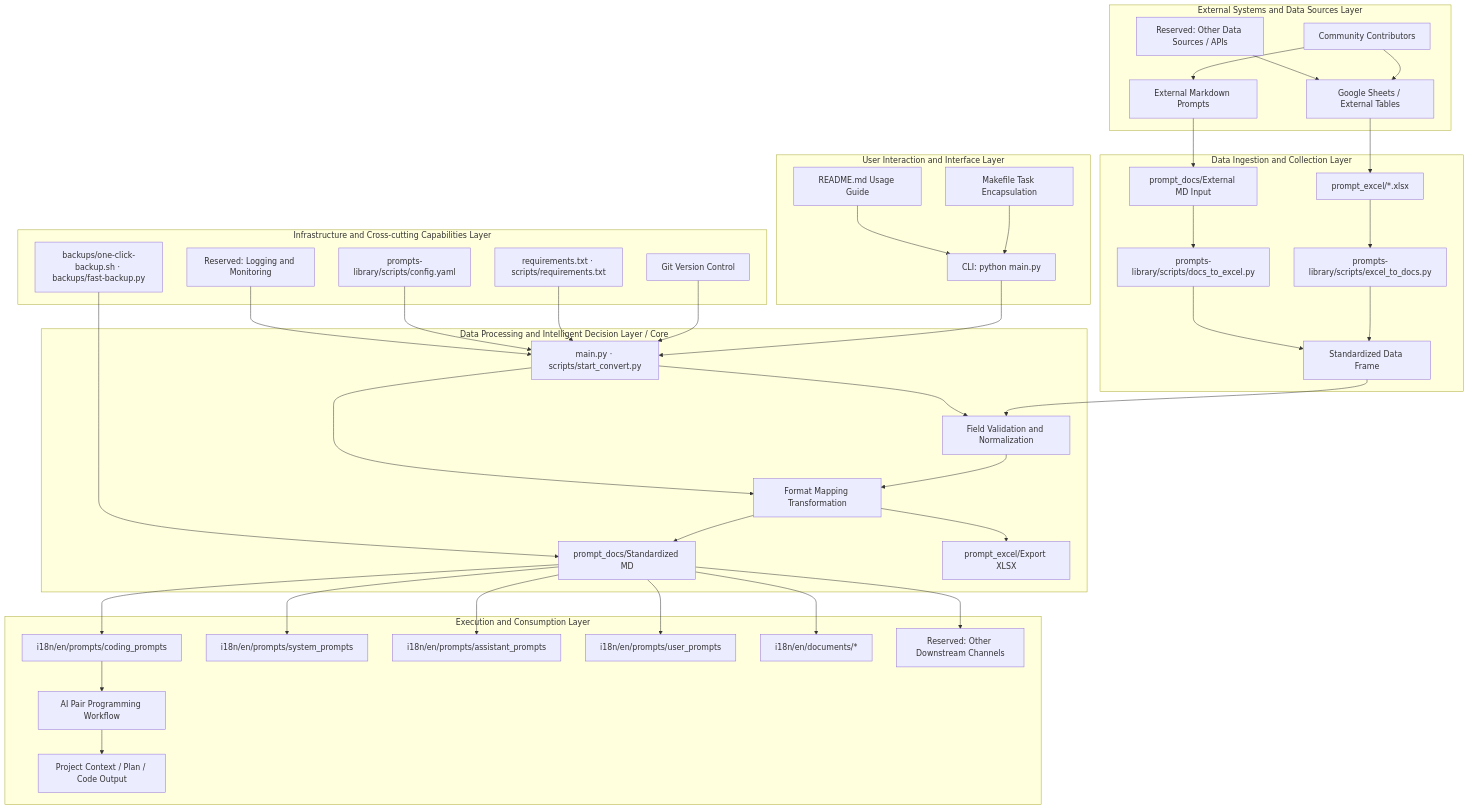
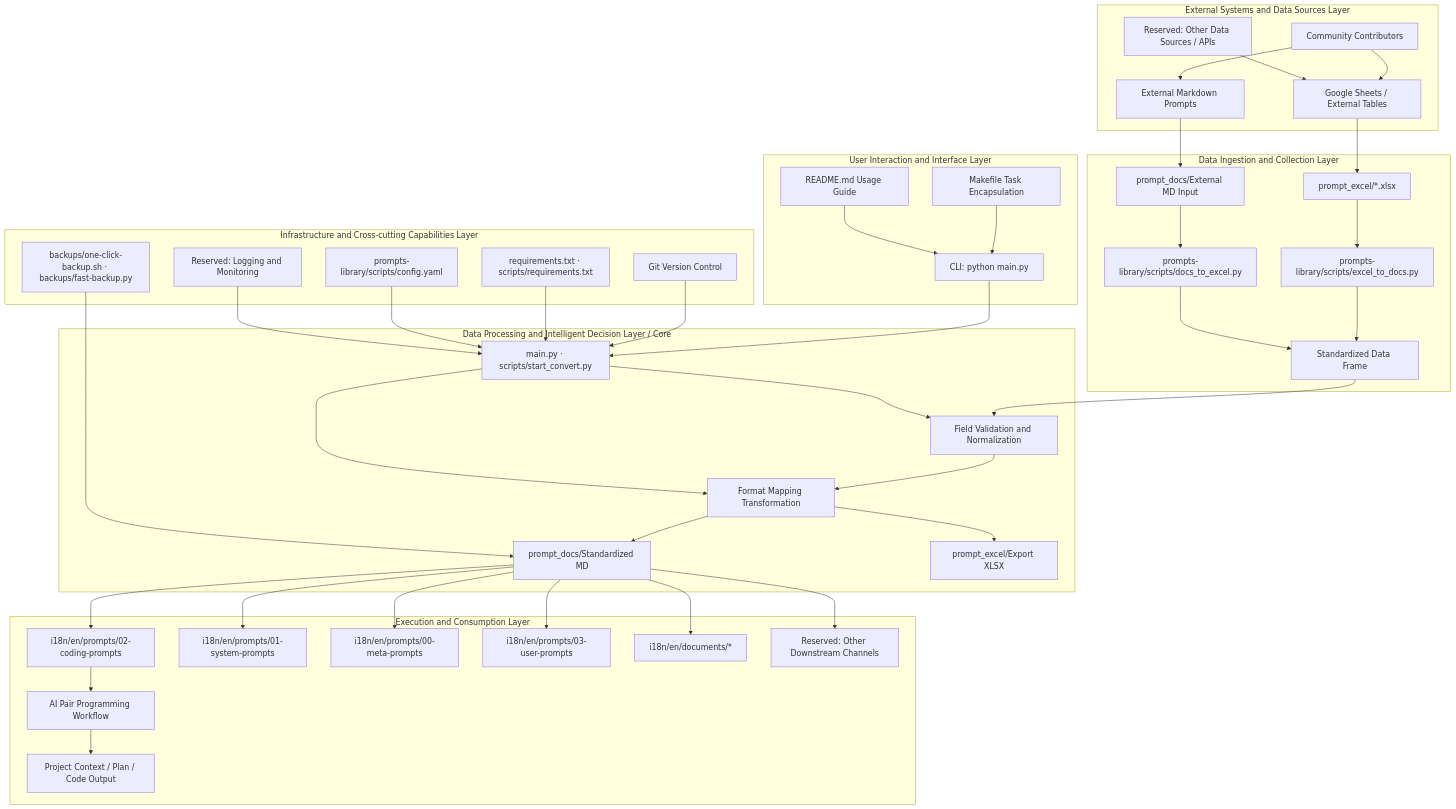
One commit to cliffwoodave14/vibe-coding-cn changed the first of 2 diagrams in i18n/en/README.md. Above: the diagram before and after it, drawn with Mermaid. The commit also changed other lines of this file and 3 other files, not shown here.

````diff
--- a/i18n/en/README.md
+++ b/i18n/en/README.md
@@ -397,62 +410,62 @@
 ```mermaid
 graph TB
   %% GitHub compatible simplified version (using only basic syntax)
 
   subgraph ext_layer[External Systems and Data Sources Layer]
     ext_contrib[Community Contributors]
     ext_sheet[Google Sheets / External Tables]
     ext_md[External Markdown Prompts]
     ext_api[Reserved: Other Data Sources / APIs]
     ext_contrib --> ext_sheet
     ext_contrib --> ext_md
     ext_api --> ext_sheet
   end
 
   subgraph ingest_layer[Data Ingestion and Collection Layer]
     excel_raw[prompt_excel/*.xlsx]
     md_raw[prompt_docs/External MD Input]
     excel_to_docs[prompts-library/scripts/excel_to_docs.py]
     docs_to_excel[prompts-library/scripts/docs_to_excel.py]
     ingest_bus[Standardized Data Frame]
     ext_sheet --> excel_raw
     ext_md --> md_raw
     excel_raw --> excel_to_docs
     md_raw --> docs_to_excel
     excel_to_docs --> ingest_bus
     docs_to_excel --> ingest_bus
   end
 
   subgraph core_layer[Data Processing and Intelligent Decision Layer / Core]
     ingest_bus --> validate[Field Validation and Normalization]
     validate --> transform[Format Mapping Transformation]
     transform --> artifacts_md[prompt_docs/Standardized MD]
     transform --> artifacts_xlsx[prompt_excel/Export XLSX]
     orchestrator[main.py · scripts/start_convert.py] --> validate
     orchestrator --> transform
   end
 
   subgraph consume_layer[Execution and Consumption Layer]
-    artifacts_md --> catalog_coding[i18n/en/prompts/coding_prompts]
-    artifacts_md --> catalog_system[i18n/en/prompts/system_prompts]
-    artifacts_md --> catalog_assist[i18n/en/prompts/assistant_prompts]
-    artifacts_md --> catalog_user[i18n/en/prompts/user_prompts]
+    artifacts_md --> catalog_coding[i18n/en/prompts/02-coding-prompts]
+    artifacts_md --> catalog_system[i18n/en/prompts/01-system-prompts]
+    artifacts_md --> catalog_meta[i18n/en/prompts/00-meta-prompts]
+    artifacts_md --> catalog_user[i18n/en/prompts/03-user-prompts]
     artifacts_md --> docs_repo[i18n/en/documents/*]
     artifacts_md --> new_consumer[Reserved: Other Downstream Channels]
     catalog_coding --> ai_flow[AI Pair Programming Workflow]
     ai_flow --> deliverables[Project Context / Plan / Code Output]
   end
 
   subgraph ux_layer[User Interaction and Interface Layer]
     cli[CLI: python main.py] --> orchestrator
     makefile[Makefile Task Encapsulation] --> cli
     readme[README.md Usage Guide] --> cli
   end
 
   subgraph infra_layer[Infrastructure and Cross-cutting Capabilities Layer]
     git[Git Version Control] --> orchestrator
     backups[backups/one-click-backup.sh · backups/fast-backup.py] --> artifacts_md
     deps[requirements.txt · scripts/requirements.txt] --> orchestrator
     config[prompts-library/scripts/config.yaml] --> orchestrator
     monitor[Reserved: Logging and Monitoring] --> orchestrator
   end
 ```
````
